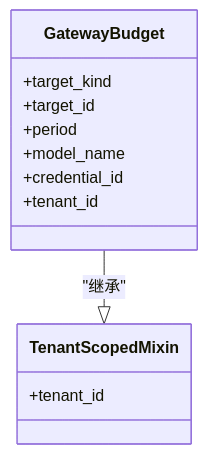
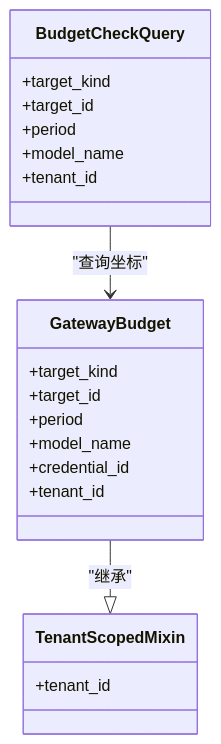
One commit to tianyehedashu/ai-agent changed the seventh of 9 diagrams in .qoder/repowiki/zh/content/网关服务架构/成本控制与配额.md. Above: the diagram before and after it, drawn with Mermaid. The commit also changed other lines of this file and 25 other files, not shown here.

````diff
--- a/.qoder/repowiki/zh/content/网关服务架构/成本控制与配额.md
+++ b/.qoder/repowiki/zh/content/网关服务架构/成本控制与配额.md
@@ -390,15 +482,23 @@
 ```mermaid
 classDiagram
 class TenantScopedMixin {
 +tenant_id
 }
 class GatewayBudget {
 +target_kind
 +target_id
 +period
 +model_name
 +credential_id
 +tenant_id
 }
+class BudgetCheckQuery {
++target_kind
++target_id
++period
++model_name
++tenant_id
+}
 GatewayBudget --|> TenantScopedMixin : "继承"
+BudgetCheckQuery --> GatewayBudget : "查询坐标"
 ```
````
